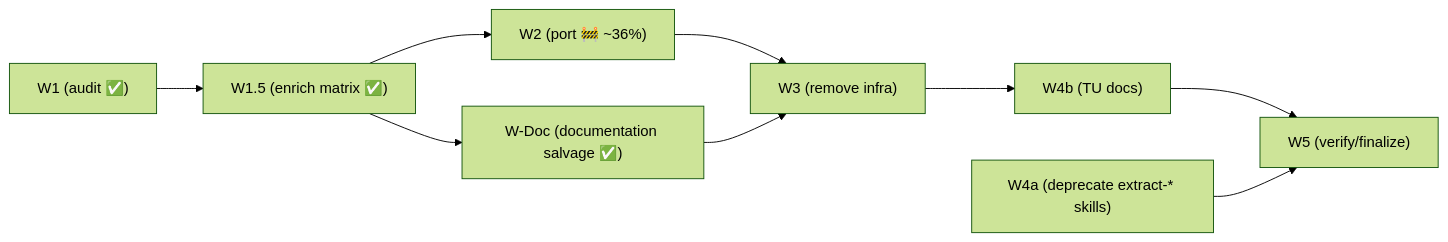
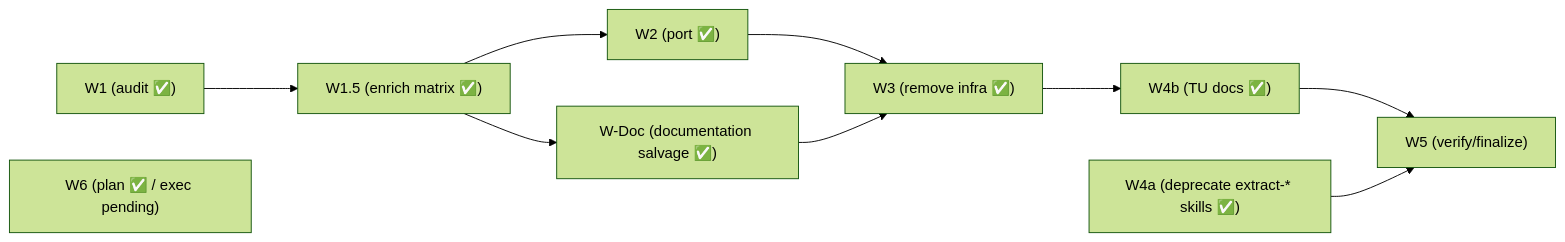
The diagram in redesign/Phase 4 - Step B.md (ruby-git/ruby-git), drawn with Mermaid (forest theme) before and after one commit. The commit also changed other lines of this file and 1 other file, not shown here.

First line of the commit message:
docs: update Phase 4 Step B progress after W3/W4a/W4b/W6-plan merge

````diff
--- a/redesign/Phase 4 - Step B.md
+++ b/redesign/Phase 4 - Step B.md
@@ -276,11 +281,12 @@
 ```mermaid
 flowchart LR
     W1["W1 (audit ✅)"] --> W15["W1.5 (enrich matrix ✅)"]
-    W15 --> W2["W2 (port 🚧 ~36%)"]
+    W15 --> W2["W2 (port ✅)"]
     W15 --> WDoc["W-Doc (documentation salvage ✅)"]
-    W2 --> W3["W3 (remove infra)"]
+    W2 --> W3["W3 (remove infra ✅)"]
     WDoc --> W3
-    W3 --> W4b["W4b (TU docs)"]
+    W3 --> W4b["W4b (TU docs ✅)"]
     W4b --> W5["W5 (verify/finalize)"]
-    W4a["W4a (deprecate extract-* skills)"] --> W5
+    W4a["W4a (deprecate extract-* skills ✅)"] --> W5
+    W6["W6 (plan ✅ / exec pending)"]
 ```
````
